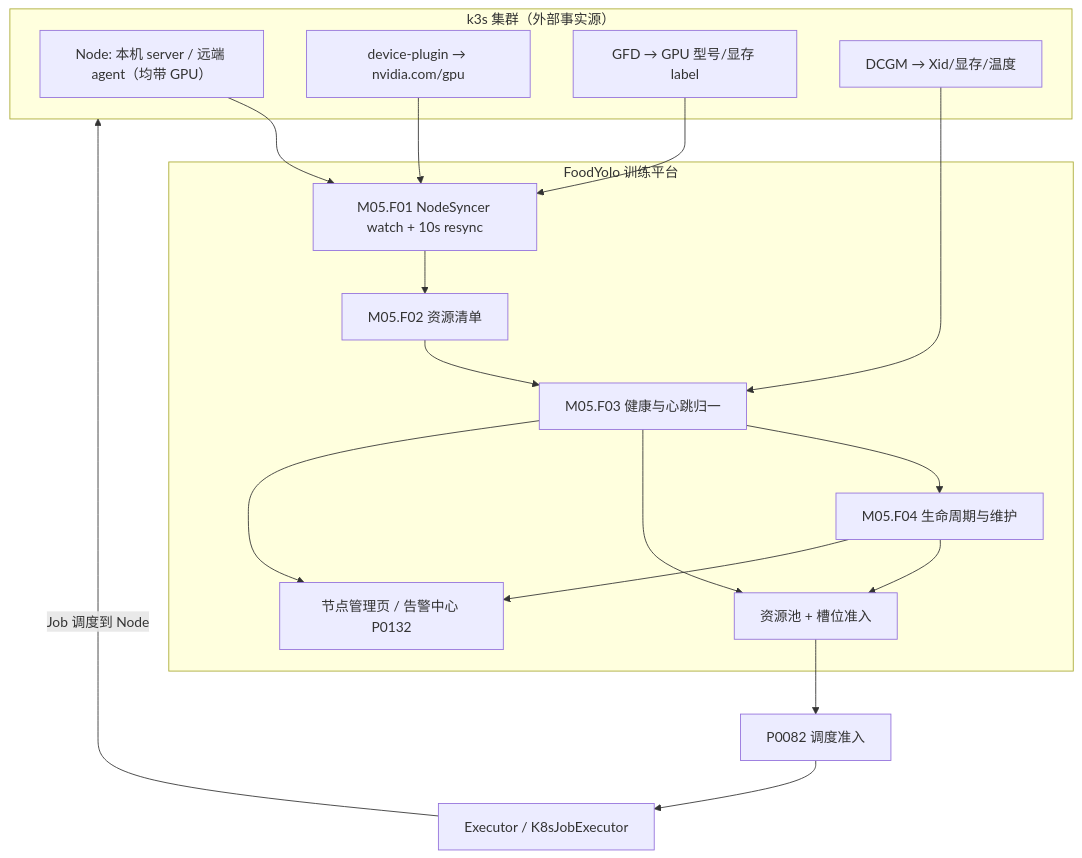
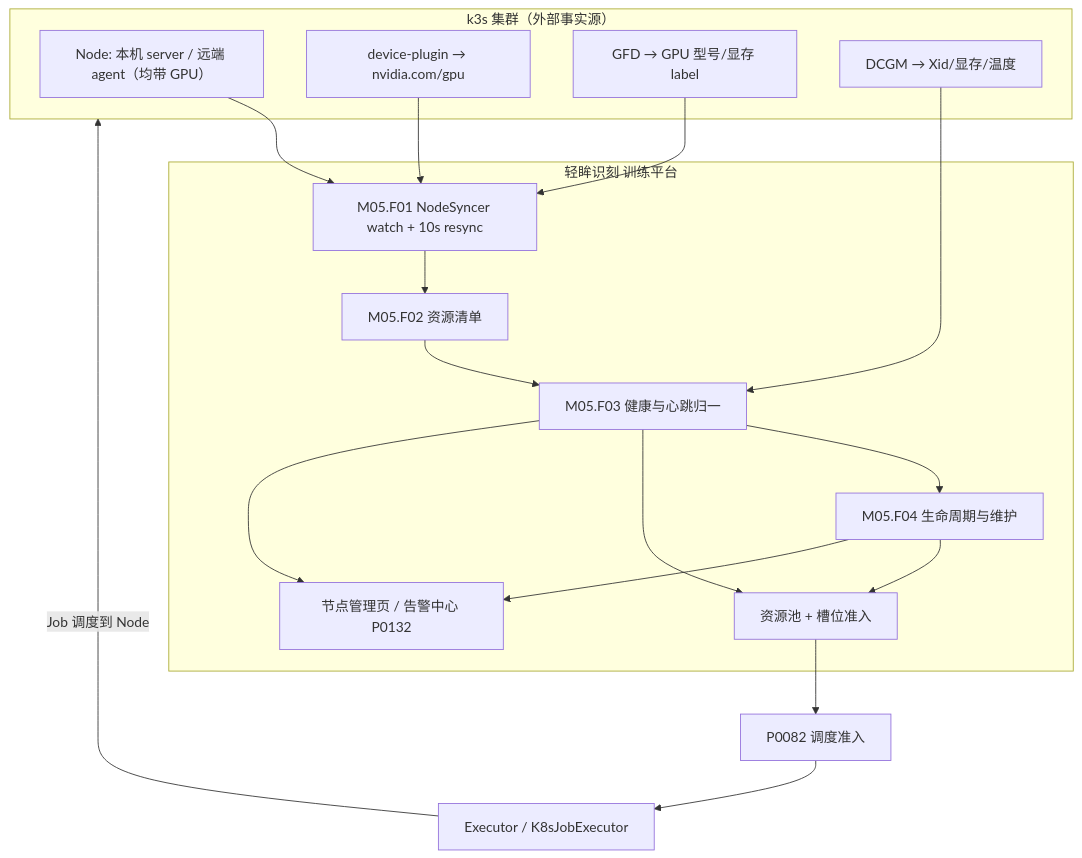
One commit to QingMouFoodDate/ProjectPRD changed the first of 7 diagrams in PRD/05_训练平台/P0080_计算节点与资源池.md. Above: the diagram before and after it, drawn with Mermaid. The commit also changed other lines of this file and 45 other files, not shown here.

First line of the commit message:
docs: 产品名统一为轻眸识刻 + 新增仓库地图

````diff
--- a/PRD/05_训练平台/P0080_计算节点与资源池.md
+++ b/PRD/05_训练平台/P0080_计算节点与资源池.md
@@ -91,25 +91,25 @@
 ```mermaid
 flowchart TD
     subgraph K8s["k3s 集群（外部事实源）"]
         N["Node: 本机 server / 远端 agent（均带 GPU）"]
         DP["device-plugin → nvidia.com/gpu"]
         GFD["GFD → GPU 型号/显存 label"]
         DCM["DCGM → Xid/显存/温度"]
     end
-    subgraph FoodYolo["FoodYolo 训练平台"]
+    subgraph 轻眸识刻["轻眸识刻 训练平台"]
         NS["M05.F01 NodeSyncer watch + 10s resync"] --> INV["M05.F02 资源清单"]
         INV --> HL["M05.F03 健康与心跳归一"]
         HL --> LC["M05.F04 生命周期与维护"]
         LC --> POOL["资源池 + 槽位准入"]
         UI["节点管理页 / 告警中心 P0132"]
     end
     N --> NS
     DP --> NS
     GFD --> NS
     DCM --> HL
     HL --> POOL
     POOL --> SCHED["P0082 调度准入"] --> EXEC["Executor / K8sJobExecutor"]
     EXEC -->|Job 调度到 Node| K8s
     HL --> UI
     LC --> UI
 ```
````
